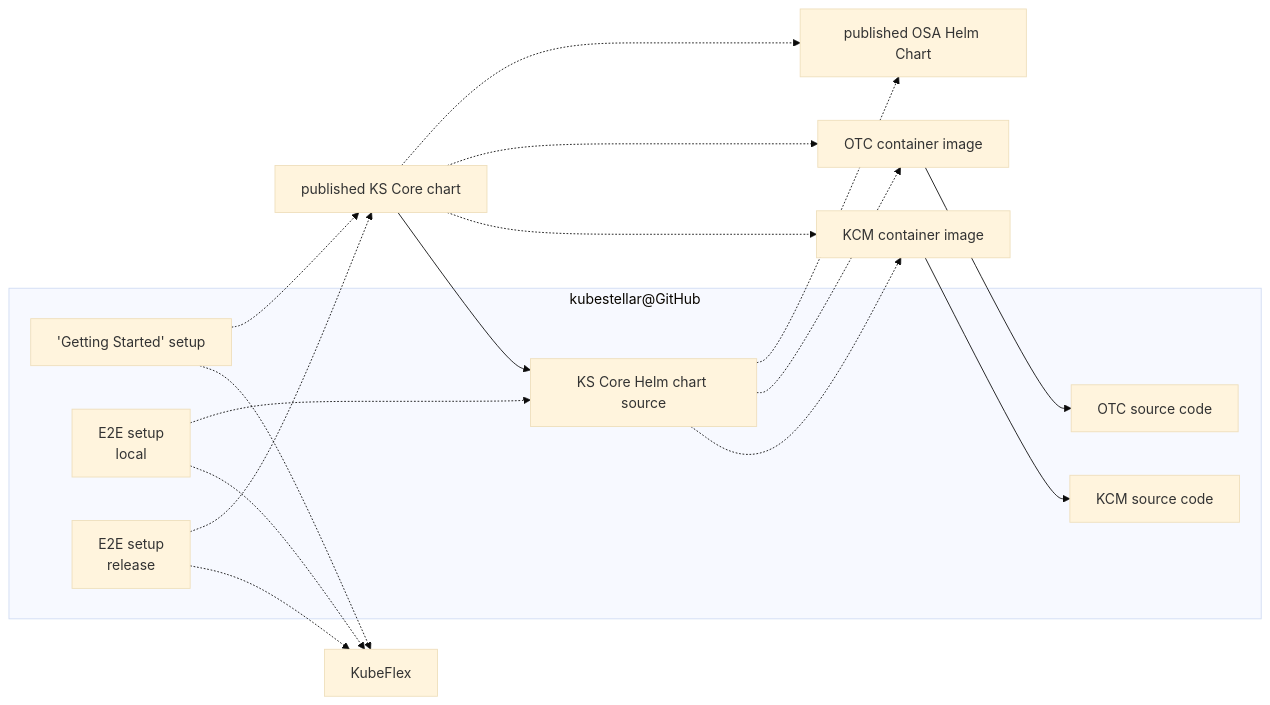
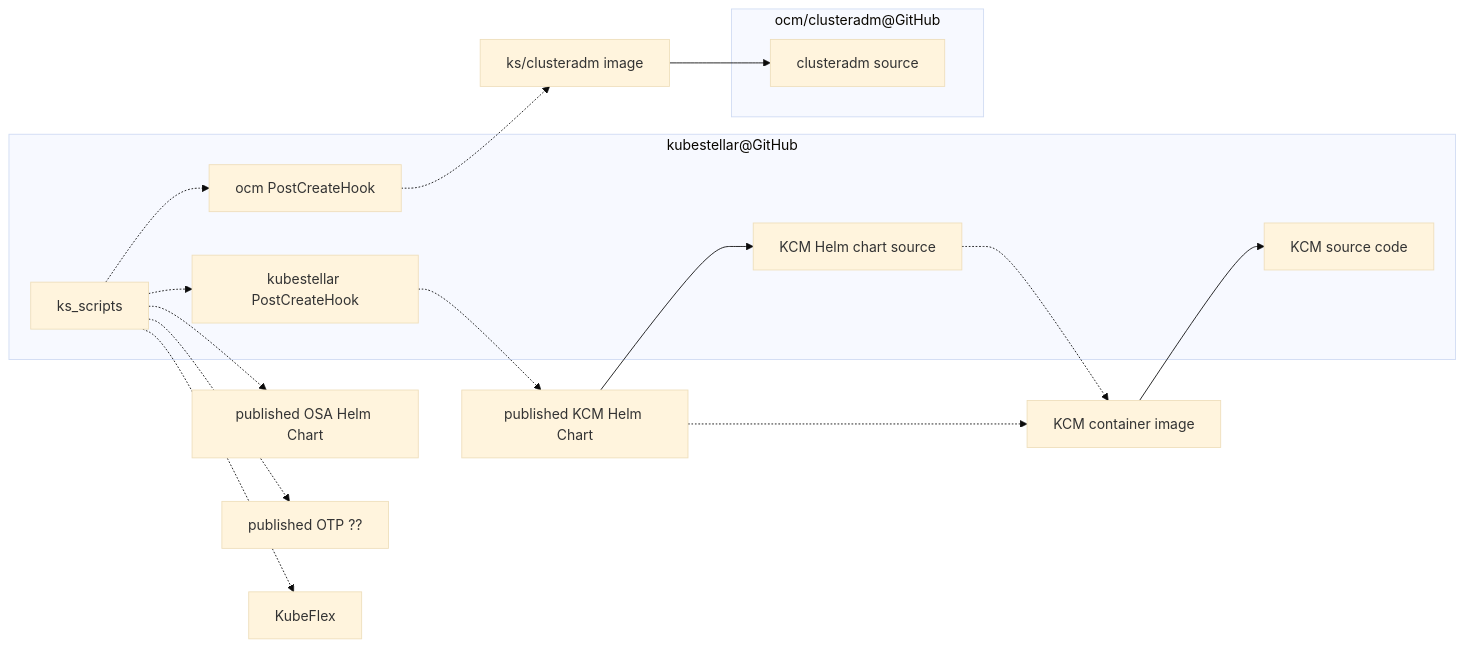
The third of 4 diagrams in docs/content/direct/packaging.md (kubestellar/docs), drawn with Mermaid (base theme) before and after one commit. The commit also changed other lines of this file and 136 other files, not shown here.

````diff
--- a/docs/content/direct/packaging.md
+++ b/docs/content/direct/packaging.md
@@ -83,28 +82,24 @@
 ```mermaid
 flowchart LR
-    osa_hc_repo[published OSA Helm Chart]
+    subgraph cladm_repo["ocm/clusteradm@GitHub"]
+    cladm_src["clusteradm source"]
+    end
     subgraph ks_repo["kubestellar@GitHub"]
     kcm_code[KCM source code]
-    otc_code[OTC source code]
-    ksc_hc_src[KS Core Helm chart source]
-    setup_ksc["'Getting Started' setup"]
-    e2e_local["E2E setup<br>local"]
-    e2e_release["E2E setup<br>release"]
+    kcm_hc_src[KCM Helm chart source]
+    ks_pch[kubestellar PostCreateHook]
+    ocm_pch["ocm PostCreateHook"]
+    ks_scripts -.-> ocm_pch
+    ks_scripts -.-> ks_pch
     end
+    cladm_image["ks/clusteradm image"] --> cladm_src
+    ocm_pch -.-> cladm_image
     kcm_ctr_image[KCM container image] --> kcm_code
-    otc_ctr_image[OTC container image]
-    otc_ctr_image --> otc_code
-    ksc_hc_repo[published KS Core chart] --> ksc_hc_src
-    ksc_hc_src -.-> osa_hc_repo
-    ksc_hc_src -.-> otc_ctr_image
-    ksc_hc_src -.-> kcm_ctr_image
-    ksc_hc_repo -.-> osa_hc_repo
-    ksc_hc_repo -.-> otc_ctr_image
-    ksc_hc_repo -.-> kcm_ctr_image
-    setup_ksc -.-> ksc_hc_repo
-    setup_ksc -.-> KubeFlex
-    e2e_local -.-> ksc_hc_src
-    e2e_local -.-> KubeFlex
-    e2e_release -.-> ksc_hc_repo
-    e2e_release -.-> KubeFlex
+    kcm_hc_repo[published KCM Helm Chart] --> kcm_hc_src
+    kcm_hc_src -.-> kcm_ctr_image
+    kcm_hc_repo -.-> kcm_ctr_image
+    ks_pch  -.-> kcm_hc_repo
+    ks_scripts -.-> osa_hc_repo[published OSA Helm Chart]
+    ks_scripts -.-> otp_something["published OTP ??"]
+    ks_scripts -.-> KubeFlex
 ```
````
